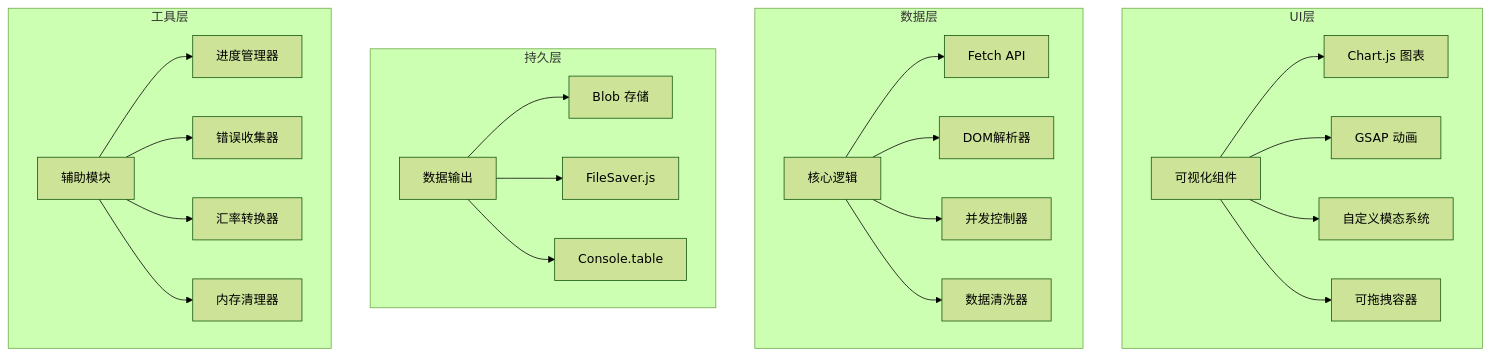
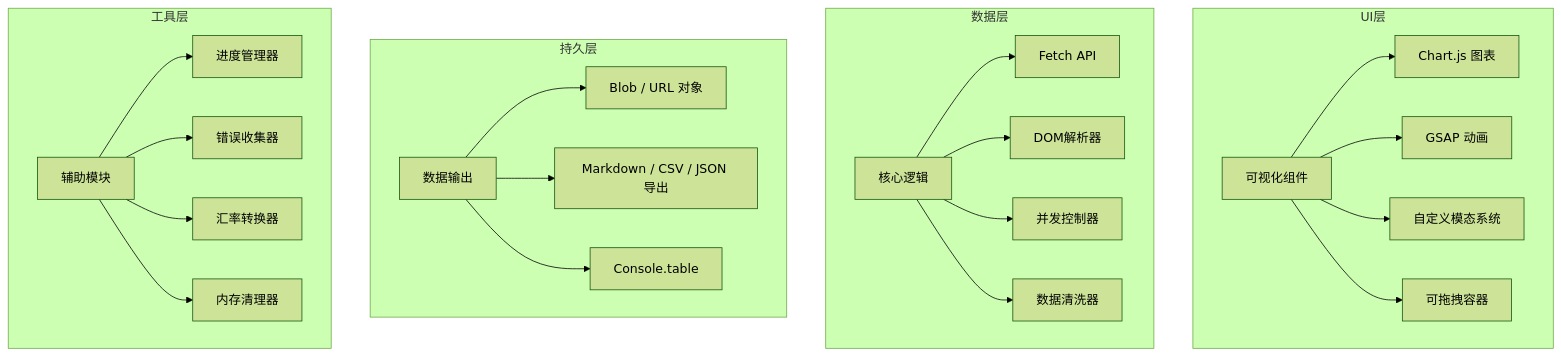
The fifth of 6 diagrams in README.md (linyaocrush/DLsite-Purchase-Analyzer), drawn with Mermaid (forest theme) before and after one commit. The commit also changed other lines of this file and 2 other files, not shown here.

````diff
--- a/README.md
+++ b/README.md
@@ -298,29 +306,29 @@
 ```mermaid
 graph TB
     subgraph UI层
         A[可视化组件] --> A1[Chart.js 图表]
         A --> A2[GSAP 动画]
         A --> A3[自定义模态系统]
         A --> A4[可拖拽容器]
     end
     
     subgraph 数据层
         B[核心逻辑] --> B1[Fetch API]
         B --> B2[DOM解析器]
         B --> B3[并发控制器]
         B --> B4[数据清洗器]
     end
     
     subgraph 持久层
-        C[数据输出] --> C1[Blob 存储]
-        C --> C2[FileSaver.js]
+        C[数据输出] --> C1[Blob / URL 对象]
+        C --> C2[Markdown / CSV / JSON 导出]
         C --> C3[Console.table]
     end
     
     subgraph 工具层
         D[辅助模块] --> D1[进度管理器]
         D --> D2[错误收集器]
         D --> D3[汇率转换器]
         D --> D4[内存清理器]
     end
 ```
````
